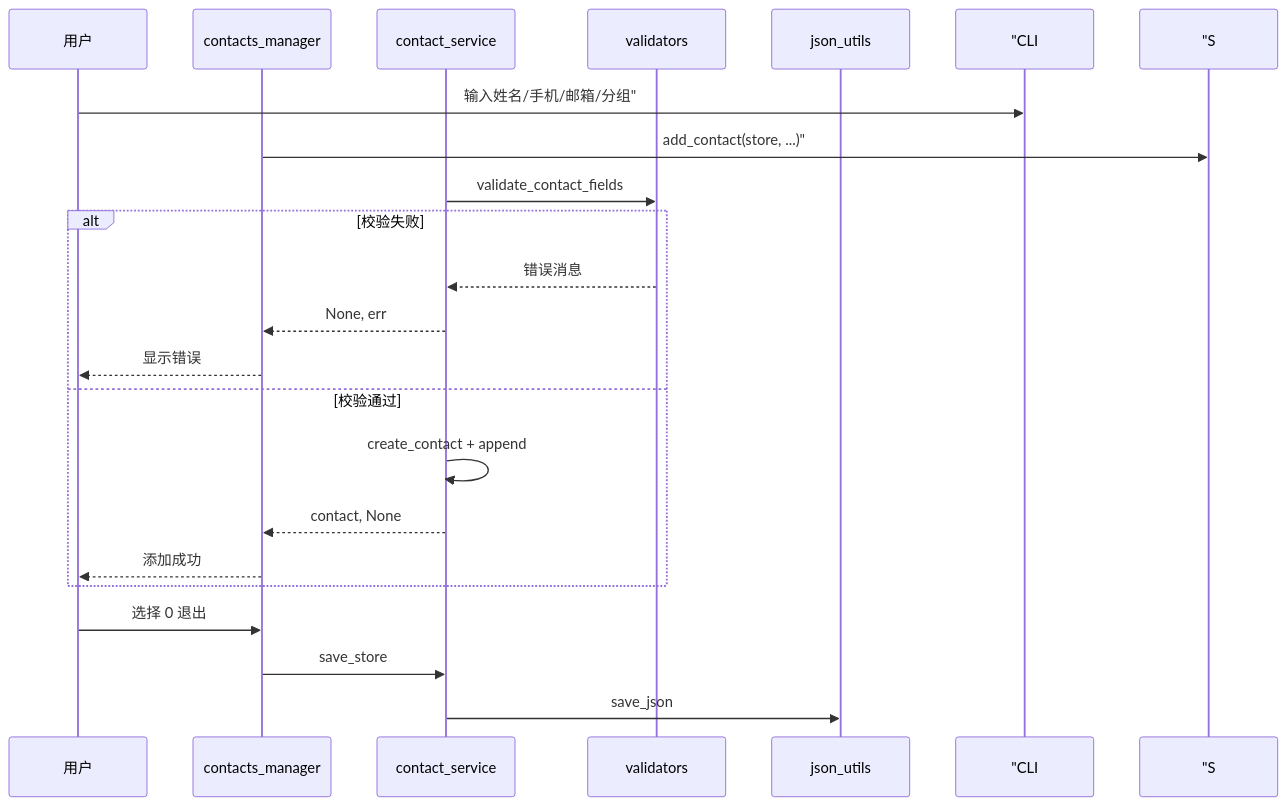
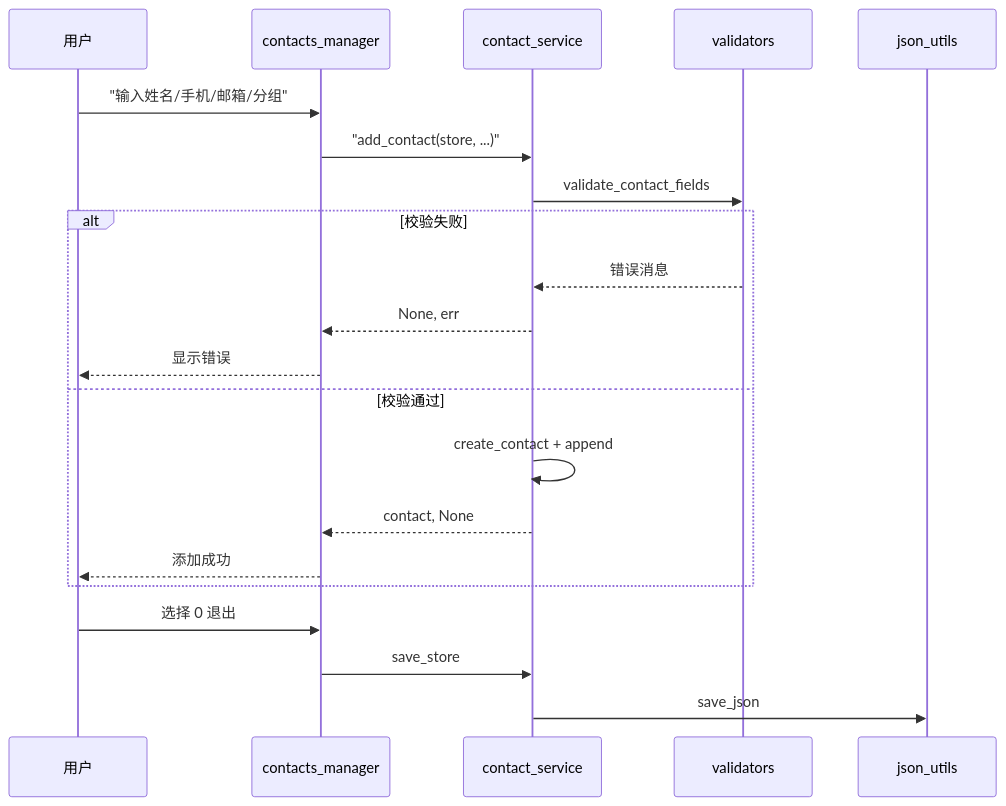
Before and after one commit to ab6539763/70_days_course_plus: the second of 3 diagrams in course/day07/04_流程图与示意图.md, drawn with Mermaid. The commit also changed 80 other files, not shown here.

First line of the commit message:
fix(course): 修复 Mermaid 图表渲染报错 + 同步嵌入代码快照

````diff
--- a/course/day07/04_流程图与示意图.md
+++ b/course/day07/04_流程图与示意图.md
@@ -32,24 +32,24 @@
 ```mermaid
 sequenceDiagram
     participant U as 用户
     participant CLI as contacts_manager
     participant S as contact_service
     participant V as validators
     participant J as json_utils
 
-    U->> "CLI: 输入姓名/手机/邮箱/分组"
-    CLI->> "S: add_contact(store, ...)"
+    U->>CLI: "输入姓名/手机/邮箱/分组"
+    CLI->>S: "add_contact(store, ...)"
     S->>V: validate_contact_fields
     alt 校验失败
         V-->>S: 错误消息
         S-->>CLI: None, err
         CLI-->>U: 显示错误
     else 校验通过
         S->>S: create_contact + append
         S-->>CLI: contact, None
         CLI-->>U: 添加成功
     end
     U->>CLI: 选择 0 退出
     CLI->>S: save_store
     S->>J: save_json
 ```
````
